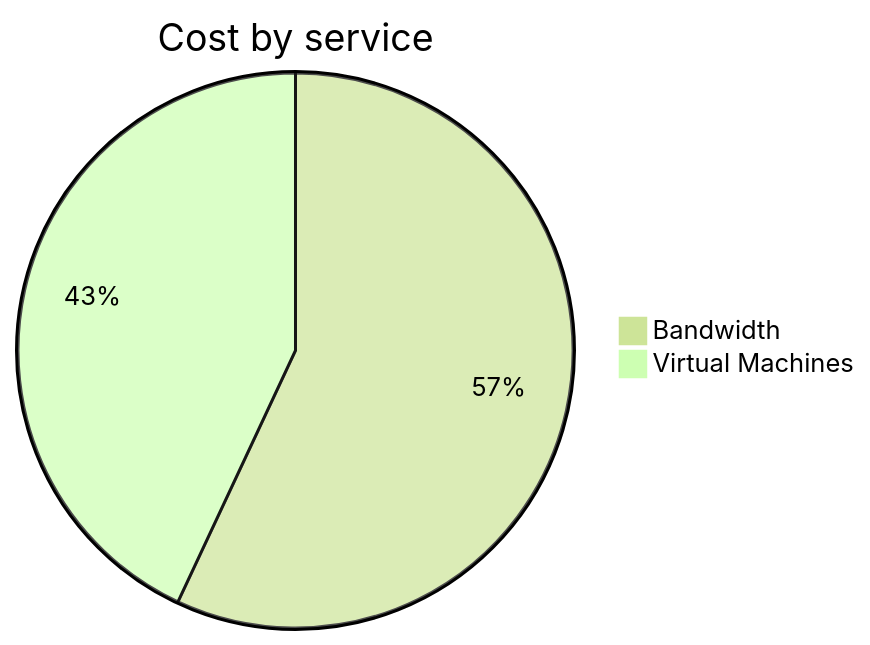
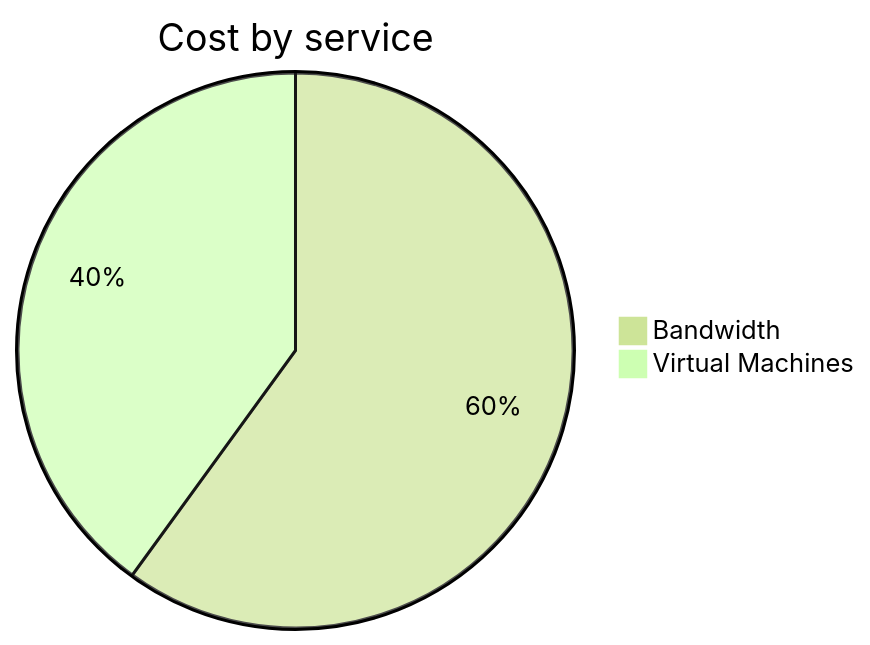
The second of 4 diagrams in cost-reports/personal-network/vpn-server.md (jpfulton/azure-personal-reports), drawn with Mermaid (forest theme) before and after one commit. The commit also changed other lines of this file and 8 other files, not shown here.

````diff
--- a/cost-reports/personal-network/vpn-server.md
+++ b/cost-reports/personal-network/vpn-server.md
@@ -94,6 +94,6 @@
 ```mermaid
 pie
    title Cost by service
-   "Bandwidth" : 1.80
-   "Virtual Machines" : 1.36
+   "Bandwidth" : 2.31
+   "Virtual Machines" : 1.54
 ```
````
